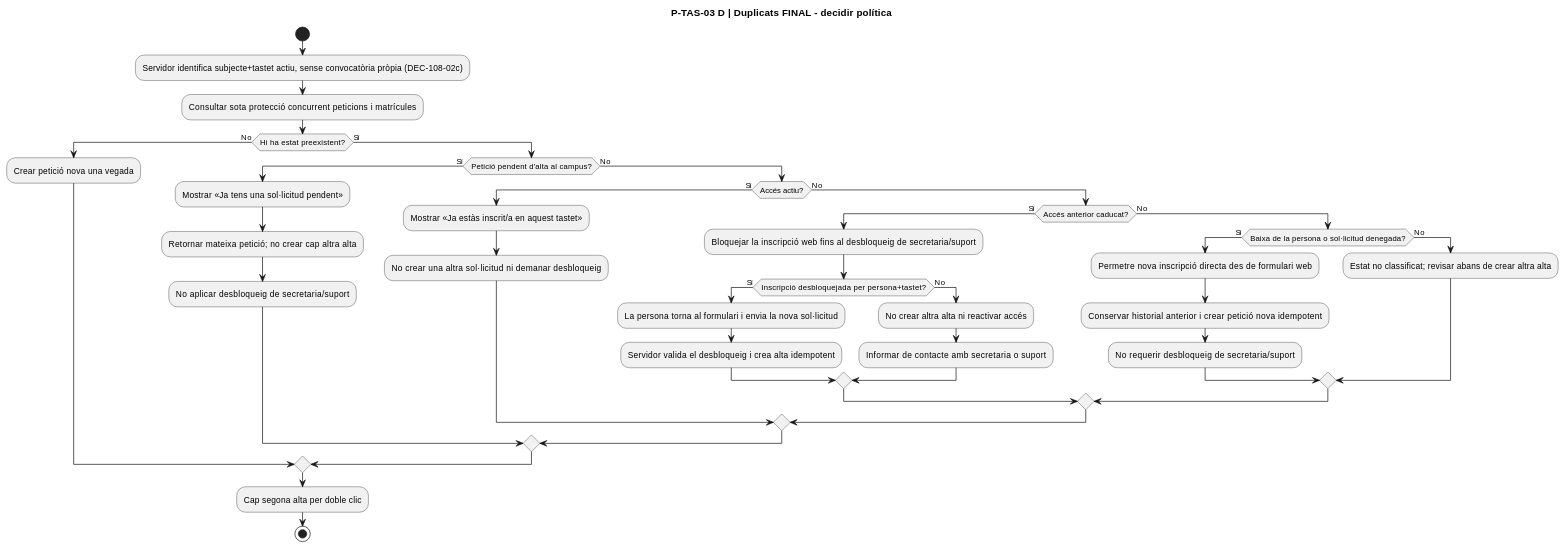
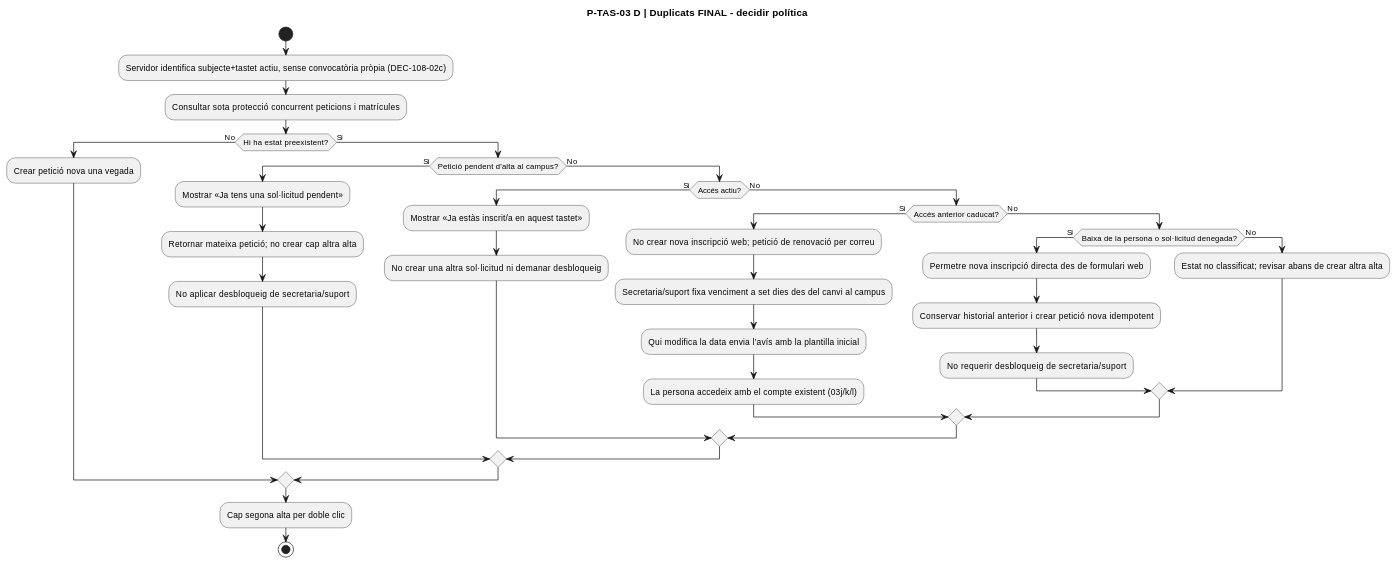
One commit to orgmeriemprismacat-del/verifactu changed diagram 24 of 32 in documentacio/07-uml-integrat/uc-108-activitats-pagines-tastets-actual-final.md. Above: the diagram before and after it, drawn with PlantUML. The commit also changed other lines of this file and 17 other files, not shown here.

````diff
--- a/documentacio/07-uml-integrat/uc-108-activitats-pagines-tastets-actual-final.md
+++ b/documentacio/07-uml-integrat/uc-108-activitats-pagines-tastets-actual-final.md
@@ -571,43 +570,39 @@
 ```plantuml
 @startuml
 title P-TAS-03 D | Duplicats FINAL - decidir política
 start
 :Servidor identifica subjecte+tastet actiu, sense convocatòria pròpia (DEC-108-02c);
 :Consultar sota protecció concurrent peticions i matrícules;
 if (Hi ha estat preexistent?) then (No)
   :Crear petició nova una vegada;
 else (Sí)
   if (Petició pendent d'alta al campus?) then (Sí)
     :Mostrar «Ja tens una sol·licitud pendent»;
     :Retornar mateixa petició; no crear cap altra alta;
     :No aplicar desbloqueig de secretaria/suport;
   else (No)
     if (Accés actiu?) then (Sí)
       :Mostrar «Ja estàs inscrit/a en aquest tastet»;
       :No crear una altra sol·licitud ni demanar desbloqueig;
     else (No)
       if (Accés anterior caducat?) then (Sí)
-        :Bloquejar la inscripció web fins al desbloqueig de secretaria/suport;
-        if (Inscripció desbloquejada per persona+tastet?) then (Sí)
-          :La persona torna al formulari i envia la nova sol·licitud;
-          :Servidor valida el desbloqueig i crea alta idempotent;
-        else (No)
-          :No crear altra alta ni reactivar accés;
-          :Informar de contacte amb secretaria o suport;
-        endif
+        :No crear nova inscripció web; petició de renovació per correu;
+        :Secretaria/suport fixa venciment a set dies des del canvi al campus;
+        :Qui modifica la data envia l’avís amb la plantilla inicial;
+        :La persona accedeix amb el compte existent (03j/k/l);
       else (No)
         if (Baixa de la persona o sol·licitud denegada?) then (Sí)
           :Permetre nova inscripció directa des de formulari web;
           :Conservar historial anterior i crear petició nova idempotent;
           :No requerir desbloqueig de secretaria/suport;
         else (No)
           :Estat no classificat; revisar abans de crear altra alta;
         endif
       endif
     endif
   endif
 endif
 :Cap segona alta per doble clic;
 stop
 @enduml
 ```
````
